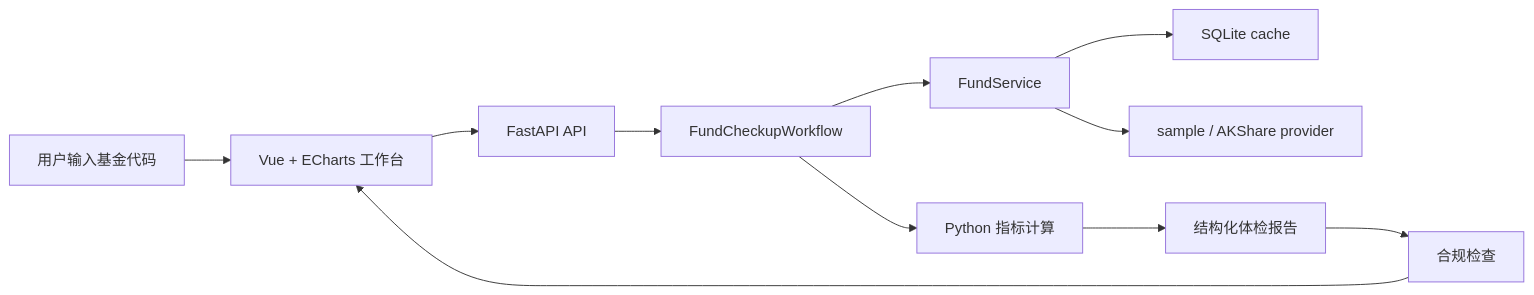
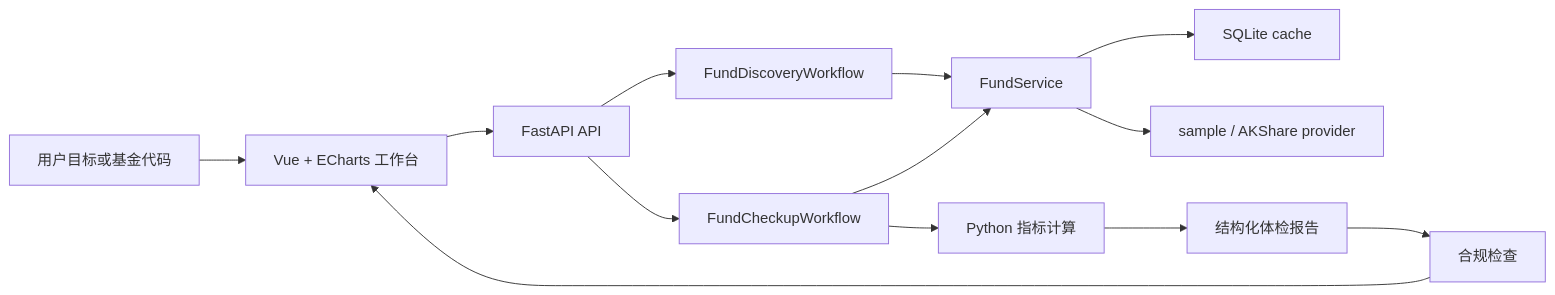
Before and after one commit to normalform3/fund-scope-agent: the diagram in README.md, drawn with Mermaid. The commit also changed other lines of this file and 25 other files, not shown here.

````diff
--- a/README.md
+++ b/README.md
@@ -58,13 +59,15 @@
 ```mermaid
 flowchart LR
-  User["用户输入基金代码"] --> Frontend["Vue + ECharts 工作台"]
+  User["用户目标或基金代码"] --> Frontend["Vue + ECharts 工作台"]
   Frontend --> API["FastAPI API"]
+  API --> Discovery["FundDiscoveryWorkflow"]
   API --> Workflow["FundCheckupWorkflow"]
+  Discovery --> Service
   Workflow --> Service["FundService"]
   Service --> Cache["SQLite cache"]
   Service --> Provider["sample / AKShare provider"]
   Workflow --> Metrics["Python 指标计算"]
   Metrics --> Report["结构化体检报告"]
   Report --> Compliance["合规检查"]
   Compliance --> Frontend
 ```
````
